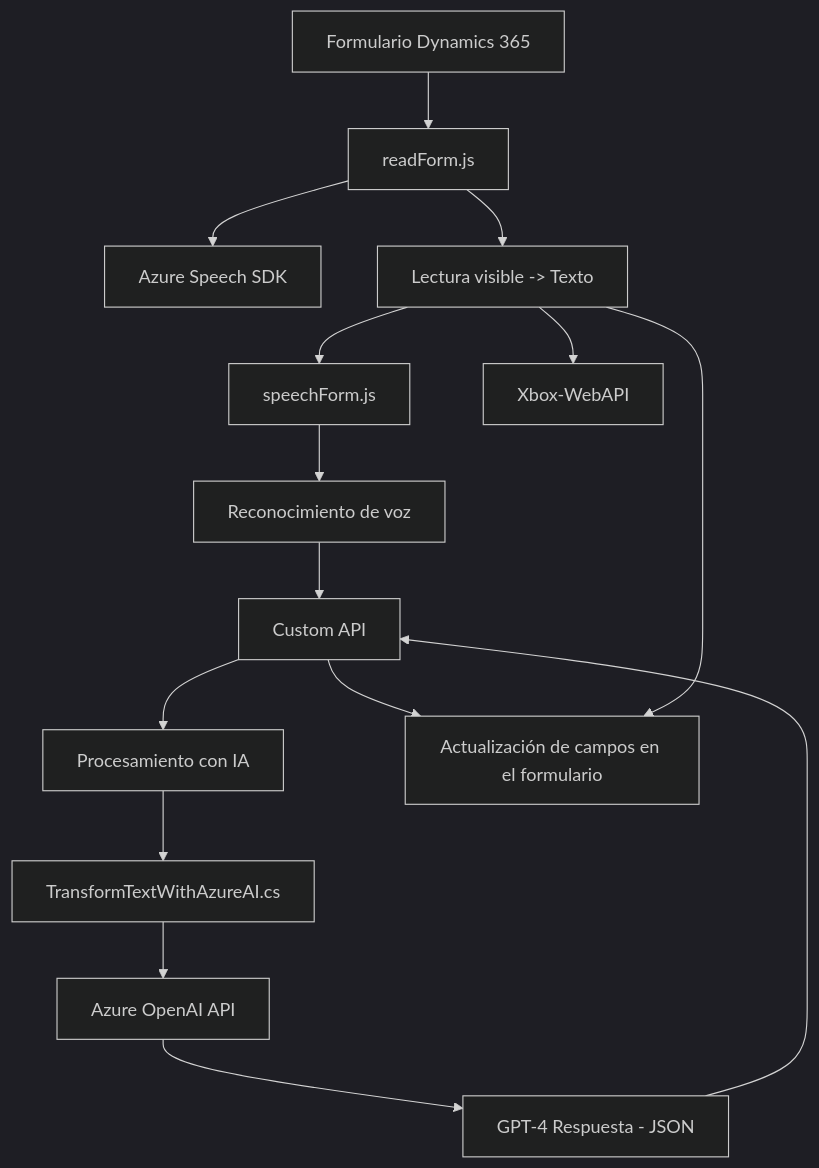
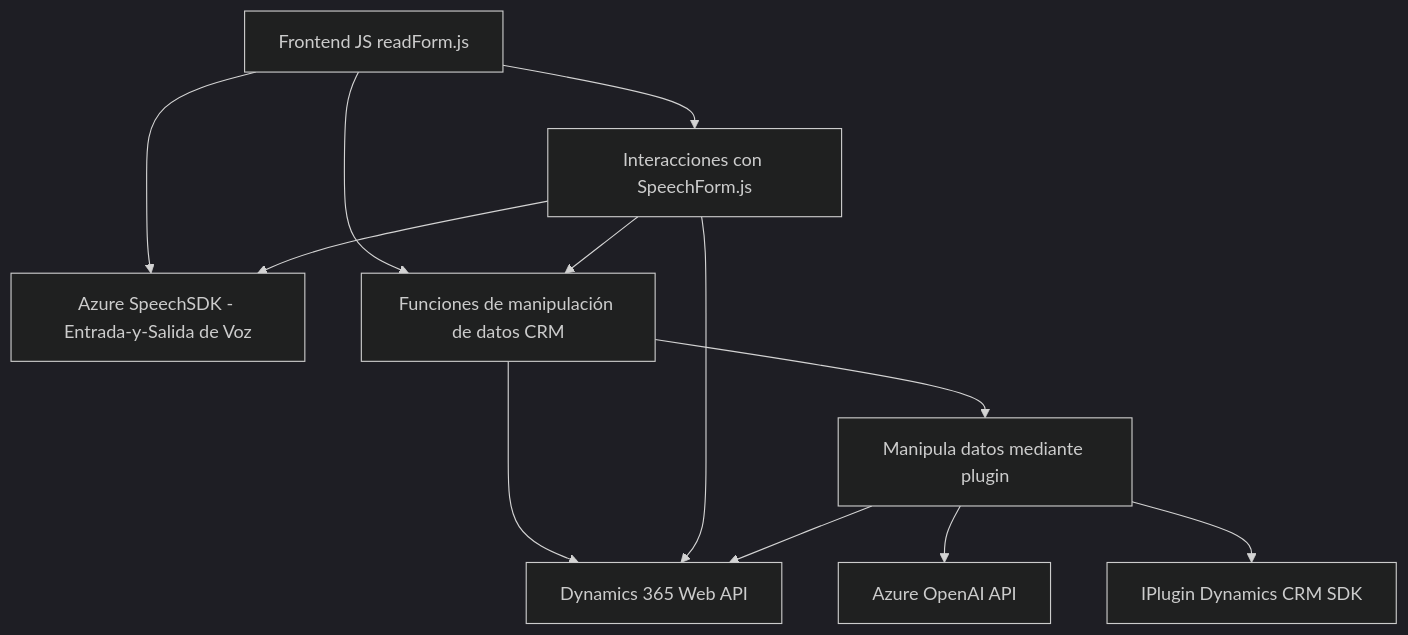
Before and after one commit to blopezdm/NETCORE_BILBAO2025: the diagram in README.md, drawn with Mermaid (dark theme). The commit also changed other lines of this file, not shown here.

Commit message:
Actualizar análisis global de la solución con IA

````diff
--- a/README.md
+++ b/README.md
@@ -36,17 +34,17 @@
 ```mermaid
 graph TD
-    A["Formulario Dynamics 365"] --> B["readForm.js"]
-    B --> C["Azure Speech SDK"]
-    B --> D["Lectura visible -> Texto"]
-    D --> E["speechForm.js"]
-    E --> F["Reconocimiento de voz"]
-    F --> G["Custom API"]
-    G --> H["Procesamiento con IA"]
-    H --> I["TransformTextWithAzureAI.cs"]
-    I --> J["Azure OpenAI API"]
-    D --> K["Xbox-WebAPI"]
-    J --> L["GPT-4 Respuesta - JSON"]
-    L --> G
-    G --> M["Actualización de campos en el formulario"]
-    D --> M
+    A["Frontend JS readForm.js"] --> B["Azure SpeechSDK - Entrada-y-Salida de Voz"]
+    A --> C["Funciones de manipulación de datos CRM"]
+    C --> D["Dynamics 365 Web API"]
+
+    E["Frontend JS SpeechForm.js"] --> B
+    E --> C
+    E --> D
+
+    F["Plugin TransformTextWithAzureAI.cs"] --> D
+    F --> G["Azure OpenAI API"]
+    F --> H["IPlugin Dynamics CRM SDK"]
+
+    A --> E["Interacciones con SpeechForm.js"]
+    C --> F["Manipula datos mediante plugin"]
 ```
````
